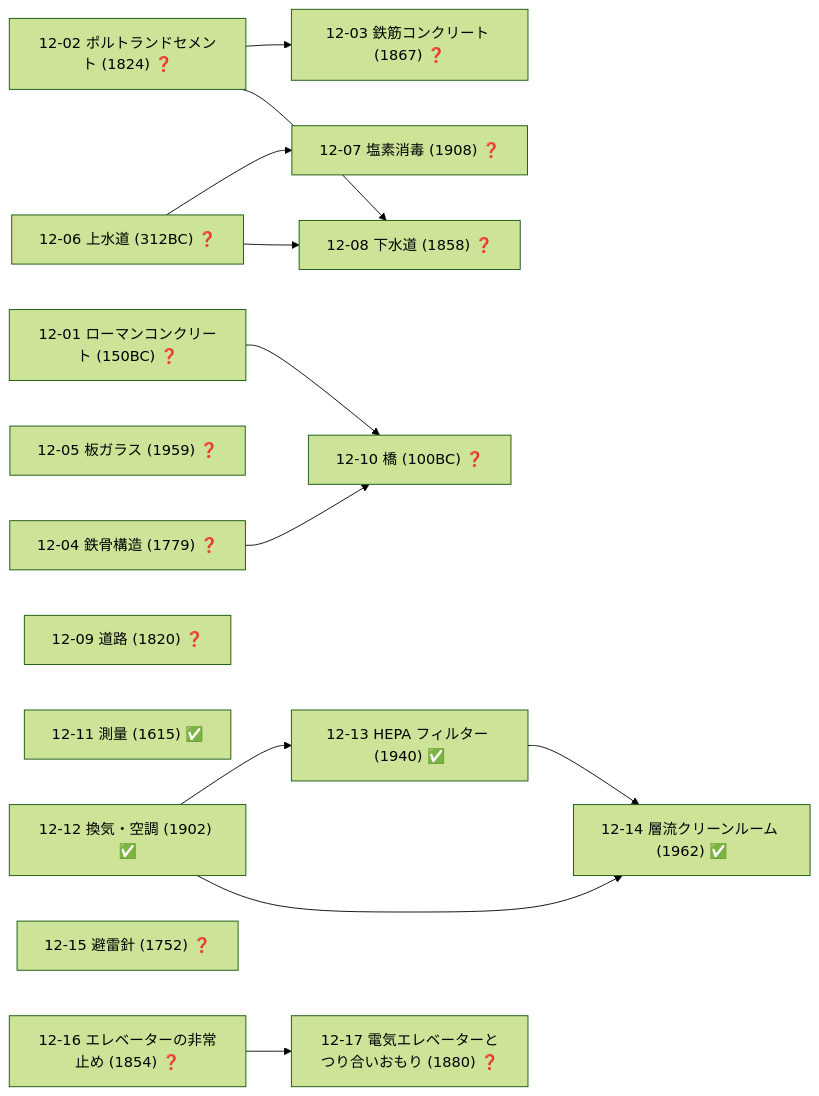
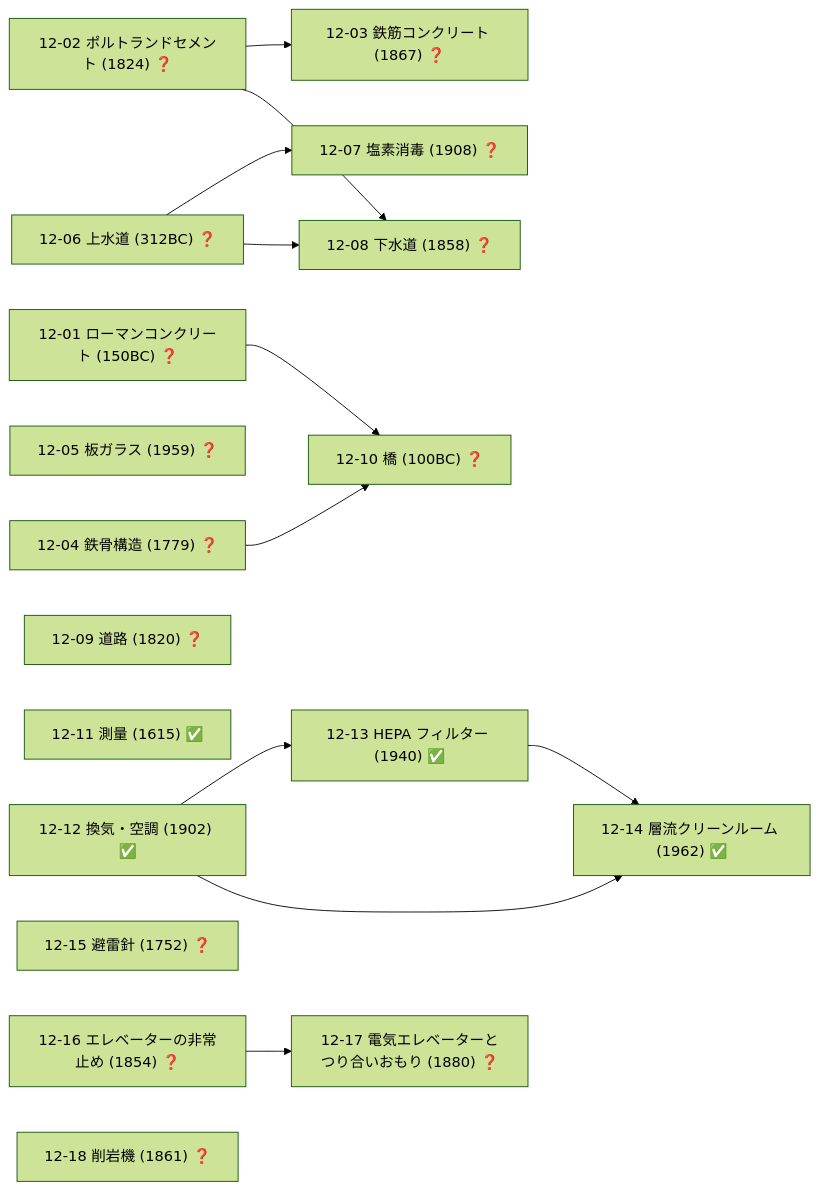
Diagram 15 of 19 in docs/TECH_TREE_VIEW.md (taku3i0317-collab/semiconductor-lab), drawn with Mermaid (forest theme) before and after one commit. The commit also changed other lines of this file and 12 other files, not shown here.

````diff
--- a/docs/TECH_TREE_VIEW.md
+++ b/docs/TECH_TREE_VIEW.md
@@ -857,30 +861,31 @@
 ```mermaid
 graph LR
   n12_01["12-01 ローマンコンクリート (150BC) ❓"]
   n12_02["12-02 ポルトランドセメント (1824) ❓"]
   n12_03["12-03 鉄筋コンクリート (1867) ❓"]
   n12_04["12-04 鉄骨構造 (1779) ❓"]
   n12_05["12-05 板ガラス (1959) ❓"]
   n12_06["12-06 上水道 (312BC) ❓"]
   n12_07["12-07 塩素消毒 (1908) ❓"]
   n12_08["12-08 下水道 (1858) ❓"]
   n12_09["12-09 道路 (1820) ❓"]
   n12_10["12-10 橋 (100BC) ❓"]
   n12_11["12-11 測量 (1615) ✅"]
   n12_12["12-12 換気・空調 (1902) ✅"]
   n12_13["12-13 HEPA フィルター (1940) ✅"]
   n12_14["12-14 層流クリーンルーム (1962) ✅"]
   n12_15["12-15 避雷針 (1752) ❓"]
   n12_16["12-16 エレベーターの非常止め (1854) ❓"]
   n12_17["12-17 電気エレベーターとつり合いおもり (1880) ❓"]
+  n12_18["12-18 削岩機 (1861) ❓"]
   n12_02-->n12_03
   n12_06-->n12_07
   n12_02-->n12_08
   n12_06-->n12_08
   n12_01-->n12_10
   n12_04-->n12_10
   n12_12-->n12_13
   n12_12-->n12_14
   n12_13-->n12_14
   n12_16-->n12_17
 ```
````
